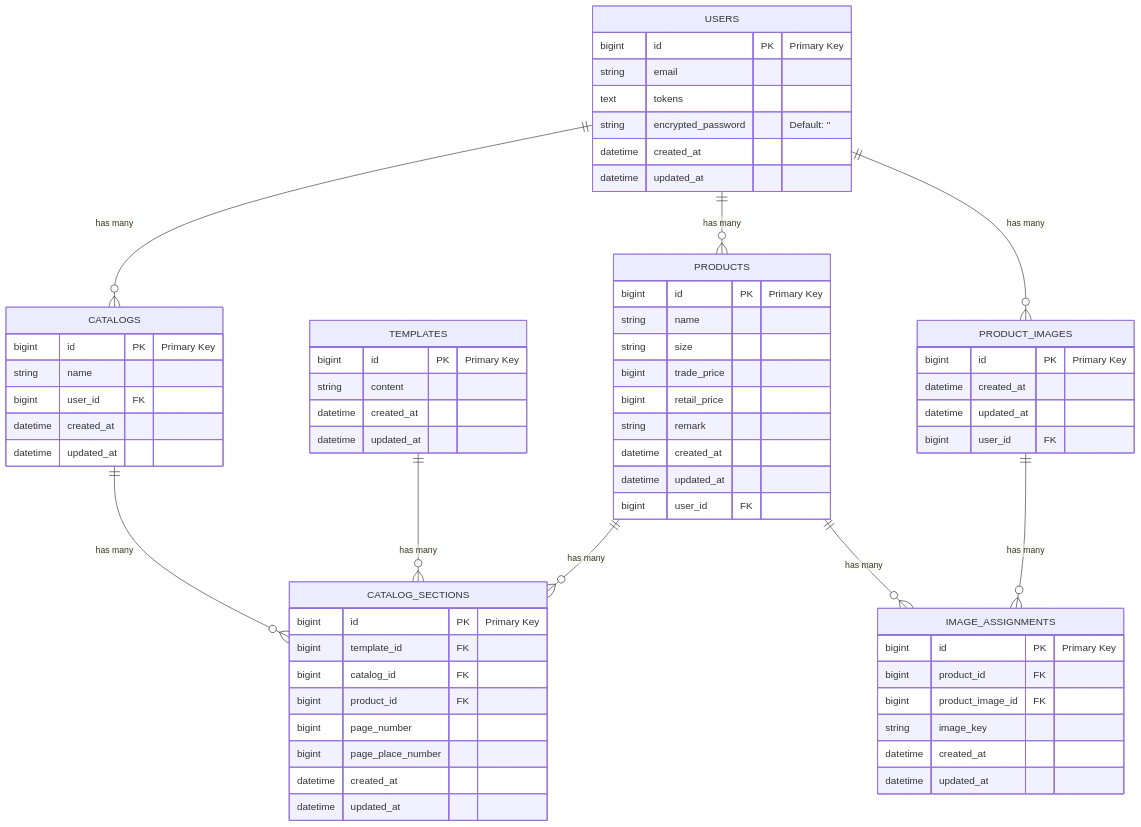
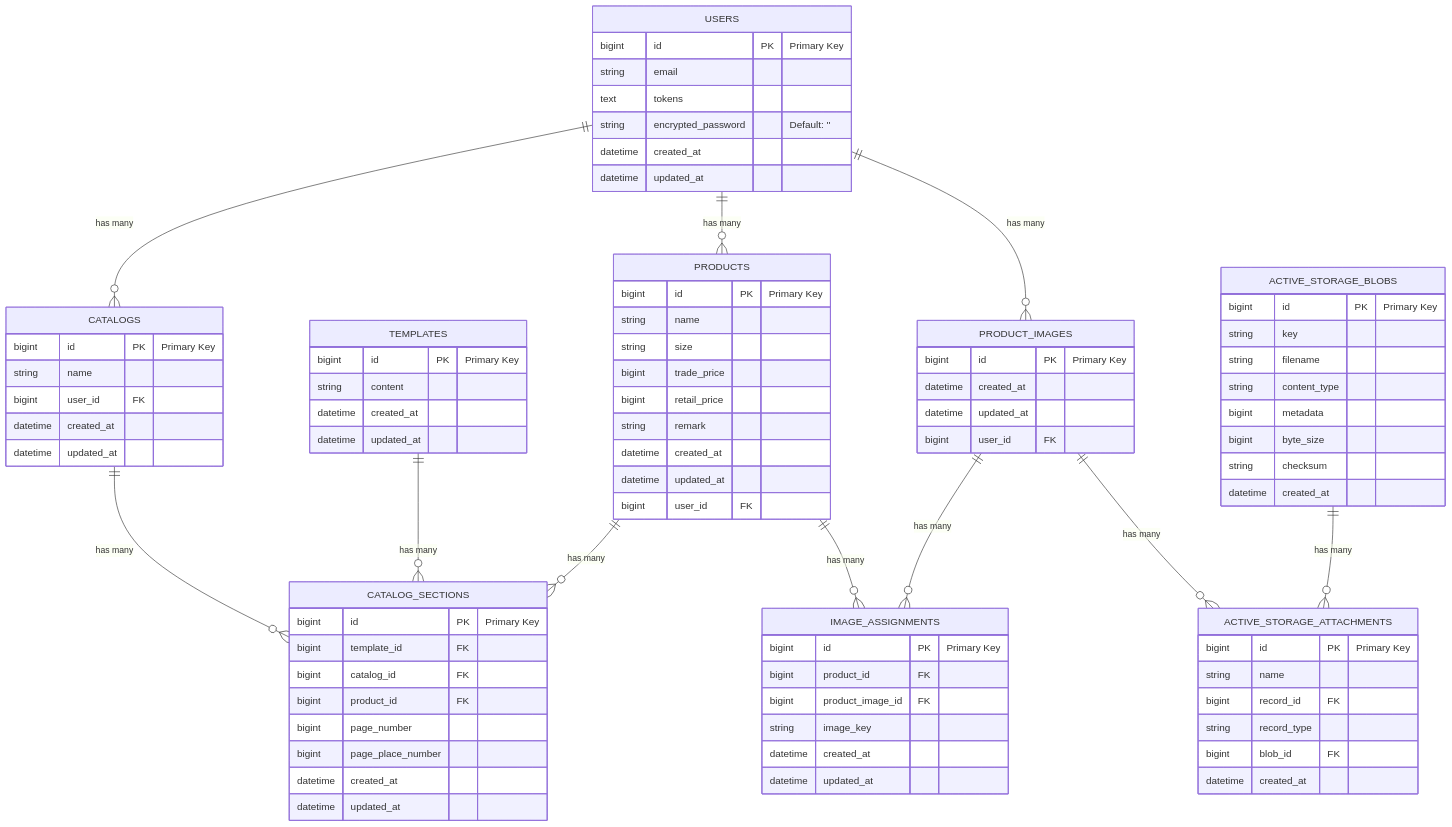
One commit to setodeve/CatalogEasy changed the diagram in README.md. Above: the diagram before and after it, drawn with Mermaid.

````diff
--- a/README.md
+++ b/README.md
@@ -119,6 +119,7 @@
         datetime created_at
         datetime updated_at
     }
+
 
     PRODUCTS {
         bigint id PK "Primary Key"
@@ -174,6 +175,26 @@
         datetime updated_at
     }
 
+    ACTIVE_STORAGE_BLOBS {
+        bigint id PK "Primary Key"
+        string key
+        string filename
+        string content_type
+        bigint metadata
+        bigint byte_size
+        string checksum
+        datetime created_at
+    }
+
+    ACTIVE_STORAGE_ATTACHMENTS {
+        bigint id PK "Primary Key"
+        string name
+        bigint record_id FK
+        string record_type
+        bigint blob_id FK
+        datetime created_at
+    }
+
     USERS ||--o{ PRODUCTS : "has many"
     USERS ||--o{ CATALOGS : "has many"
     USERS ||--o{ PRODUCT_IMAGES : "has many"
@@ -182,4 +203,7 @@
     PRODUCTS ||--o{ CATALOG_SECTIONS : "has many"
     PRODUCTS ||--o{ IMAGE_ASSIGNMENTS : "has many"
     PRODUCT_IMAGES ||--o{ IMAGE_ASSIGNMENTS : "has many"
+    PRODUCT_IMAGES ||--o{ ACTIVE_STORAGE_ATTACHMENTS : "has many"
+    ACTIVE_STORAGE_BLOBS ||--o{ ACTIVE_STORAGE_ATTACHMENTS : "has many"
+
 ```
````
